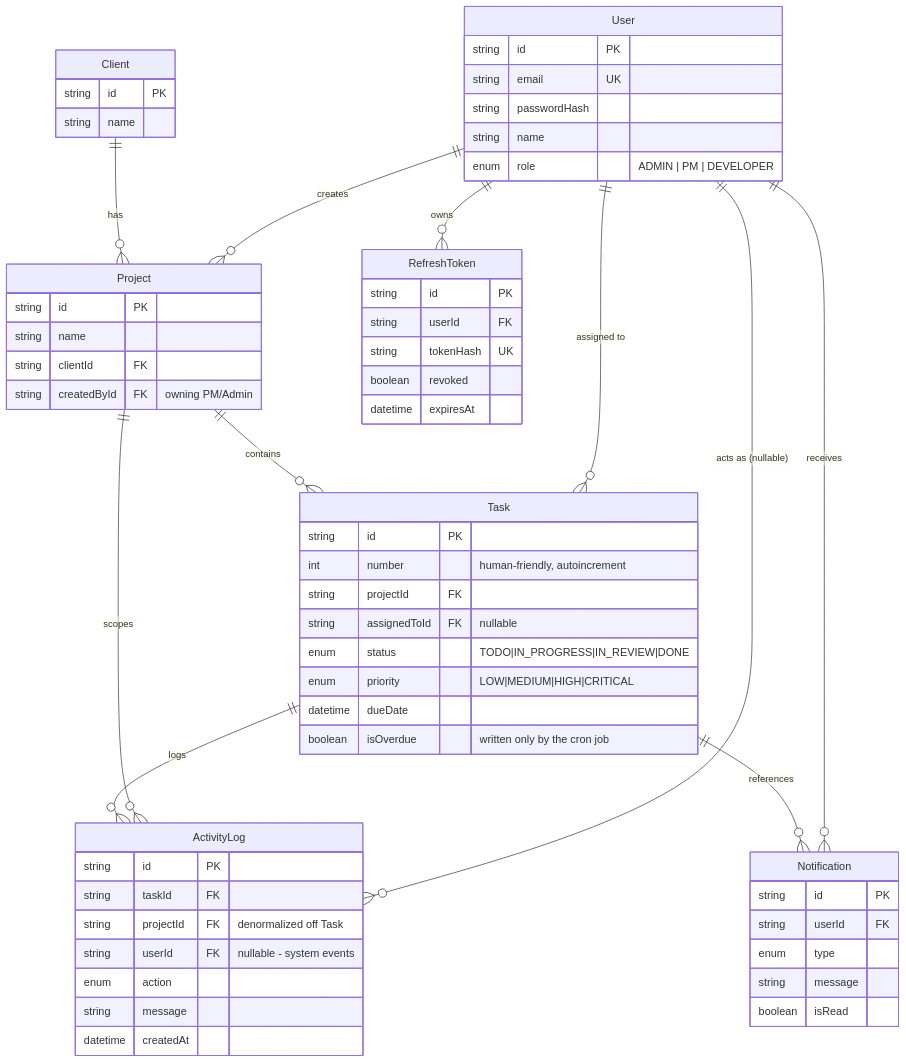
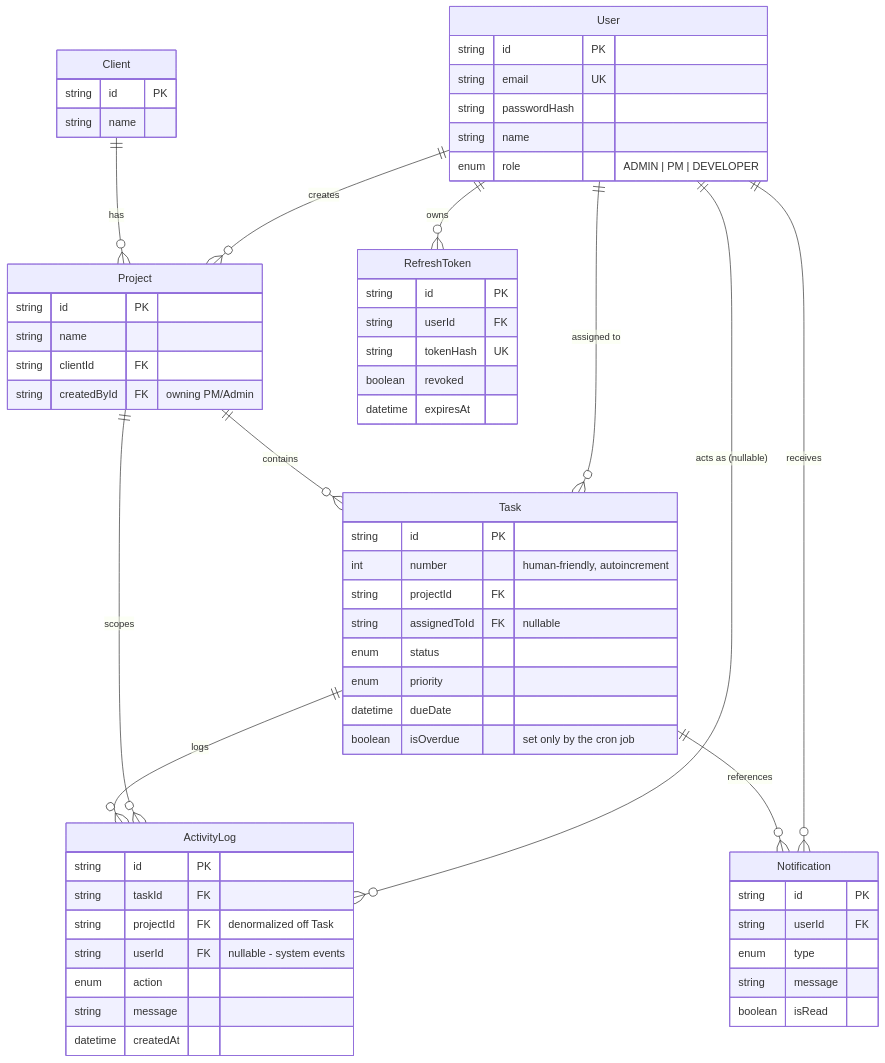
One commit to aayush-arya/velozity-fullstack changed the diagram in README.md. Above: the diagram before and after it, drawn with Mermaid. The commit also changed other lines of this file and 1 other file, not shown here.

````diff
--- a/README.md
+++ b/README.md
@@ -34,64 +31,64 @@
 ```mermaid
 erDiagram
-    User ||--o{ Project : "creates"
+    User ||--o{ Project : creates
     User ||--o{ Task : "assigned to"
     User ||--o{ ActivityLog : "acts as (nullable)"
-    User ||--o{ Notification : "receives"
-    User ||--o{ RefreshToken : "owns"
-    Client ||--o{ Project : "has"
-    Project ||--o{ Task : "contains"
-    Project ||--o{ ActivityLog : "scopes"
-    Task ||--o{ ActivityLog : "logs"
-    Task ||--o{ Notification : "references"
+    User ||--o{ Notification : receives
+    User ||--o{ RefreshToken : owns
+    Client ||--o{ Project : has
+    Project ||--o{ Task : contains
+    Project ||--o{ ActivityLog : scopes
+    Task ||--o{ ActivityLog : logs
+    Task ||--o{ Notification : references
 
     User {
         string id PK
         string email UK
         string passwordHash
         string name
         enum role "ADMIN | PM | DEVELOPER"
     }
     Client {
         string id PK
         string name
     }
     Project {
         string id PK
         string name
         string clientId FK
         string createdById FK "owning PM/Admin"
     }
     Task {
         string id PK
         int number "human-friendly, autoincrement"
         string projectId FK
         string assignedToId FK "nullable"
-        enum status "TODO|IN_PROGRESS|IN_REVIEW|DONE"
-        enum priority "LOW|MEDIUM|HIGH|CRITICAL"
+        enum status
+        enum priority
         datetime dueDate
-        boolean isOverdue "written only by the cron job"
+        boolean isOverdue "set only by the cron job"
     }
     ActivityLog {
         string id PK
         string taskId FK
         string projectId FK "denormalized off Task"
         string userId FK "nullable - system events"
         enum action
         string message
         datetime createdAt
     }
     Notification {
         string id PK
         string userId FK
         enum type
         string message
         boolean isRead
     }
     RefreshToken {
         string id PK
         string userId FK
         string tokenHash UK
         boolean revoked
         datetime expiresAt
     }
 ```
````
